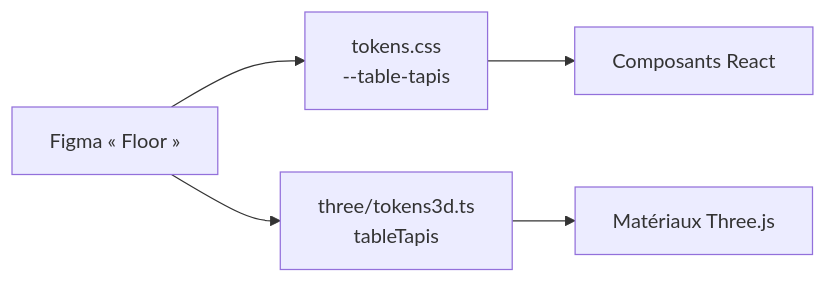
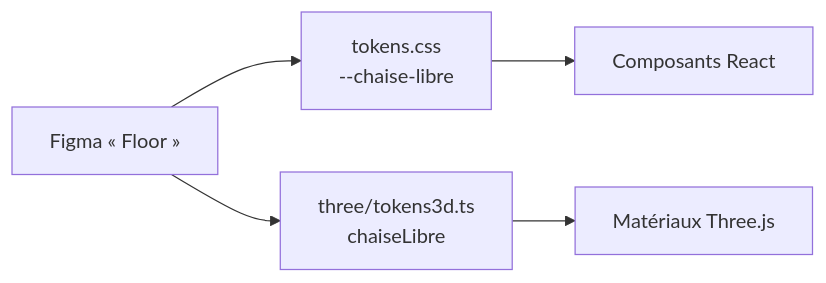
The first of 2 diagrams in frontend/src/three/README.md (Les-razmokets/42-transcendence), drawn with Mermaid before and after one commit. The commit also changed other lines of this file and 3 other files, not shown here.

````diff
--- a/frontend/src/three/README.md
+++ b/frontend/src/three/README.md
@@ -32,7 +55,7 @@
 ```mermaid
 flowchart LR
-    FIG[Figma « Floor »] --> CSS["tokens.css<br/>--table-tapis"]
-    FIG --> TS["three/tokens3d.ts<br/>tableTapis"]
+    FIG[Figma « Floor »] --> CSS["tokens.css<br/>--chaise-libre"]
+    FIG --> TS["three/tokens3d.ts<br/>chaiseLibre"]
     CSS --> UI[Composants React]
     TS --> MAT[Matériaux Three.js]
 ```
````
